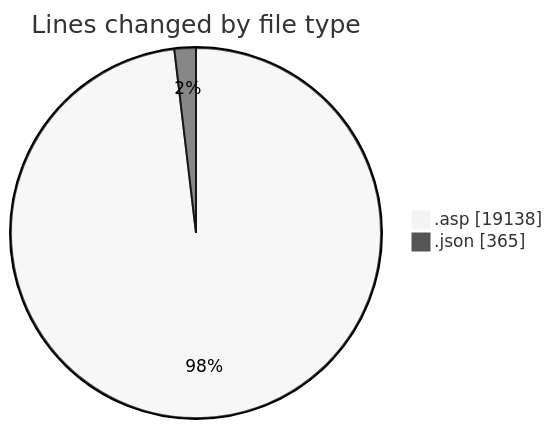
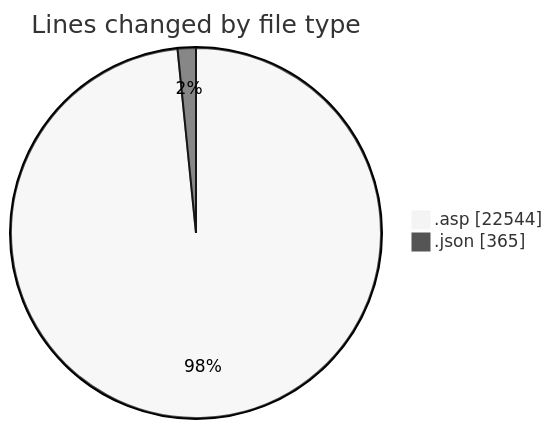
The first of 2 diagrams in 2025-11-01/cdp_aleoudev_fr__workspace_/README.md (julien-gomy/code-tracking), drawn with Mermaid (neutral theme) before and after one commit. The commit also changed other lines of this file and 1 other file, not shown here.

````diff
--- a/2025-11-01/cdp_aleoudev_fr__workspace_/README.md
+++ b/2025-11-01/cdp_aleoudev_fr__workspace_/README.md
@@ -28,6 +29,6 @@
 ```mermaid
 pie showData
 title Lines changed by file type
-".asp" : 19138
+".asp" : 22544
 ".json" : 365
 ```
````
